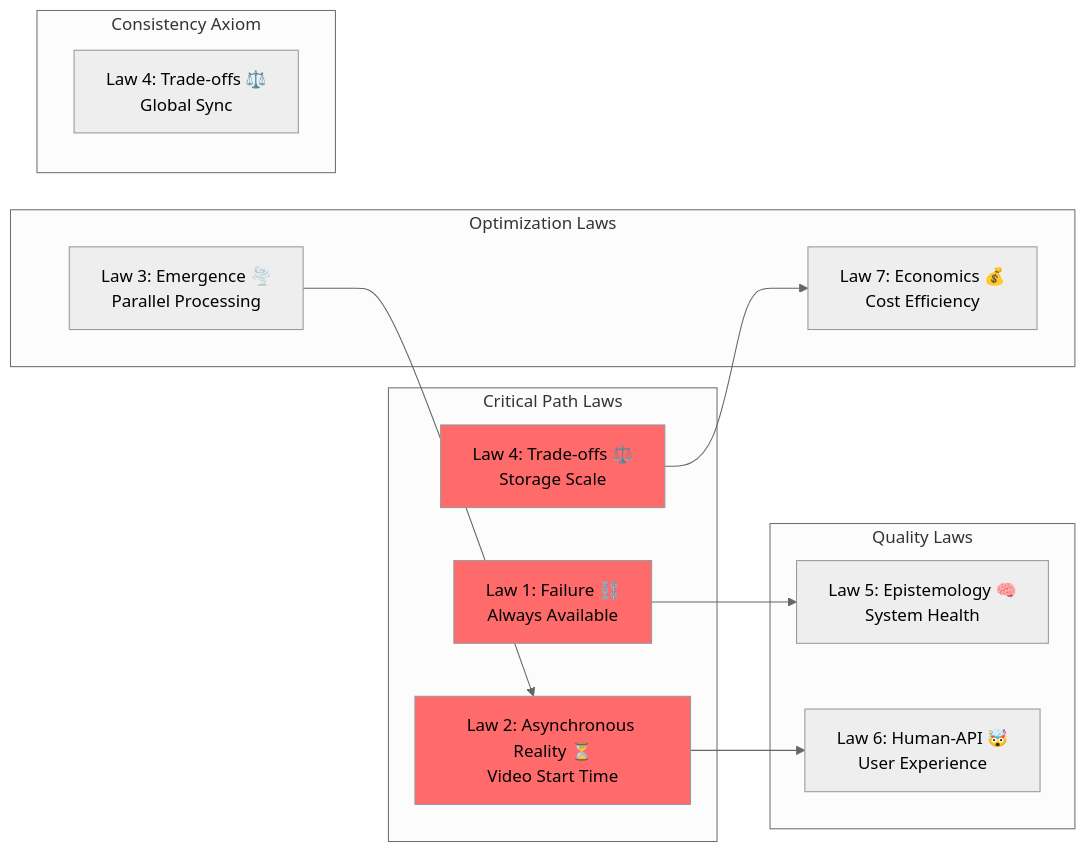
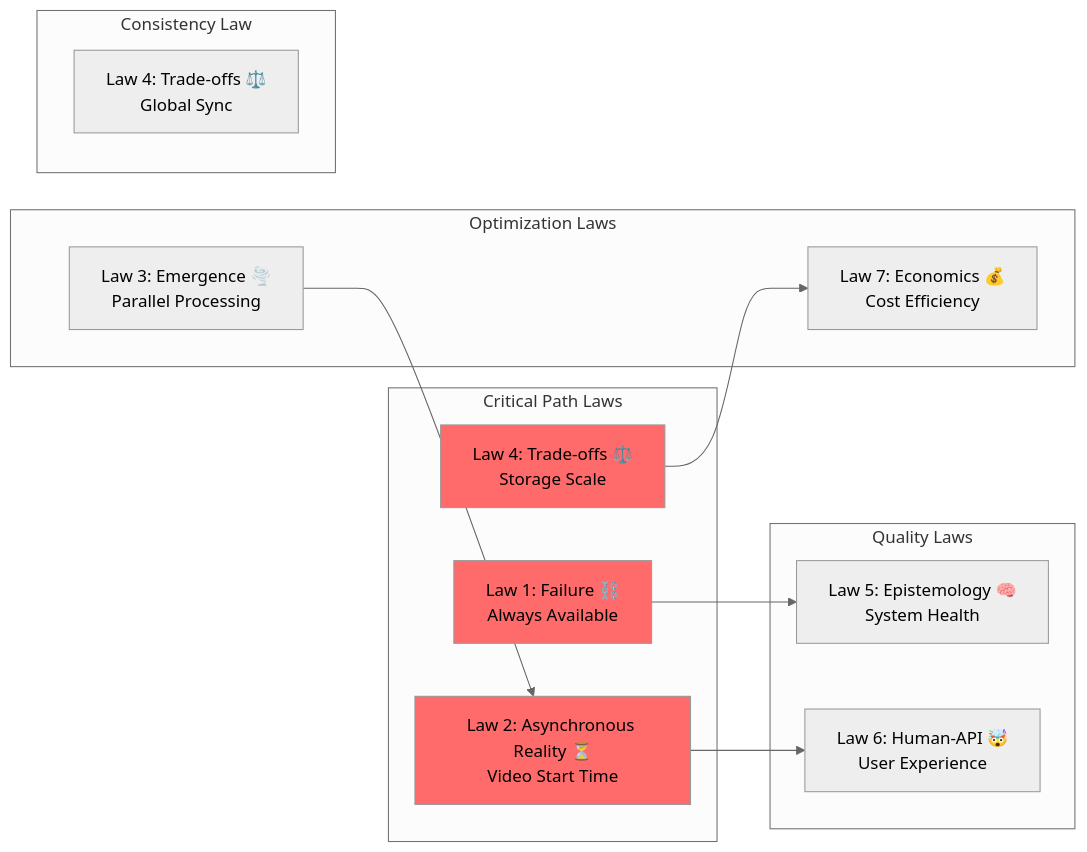
Diagram 20 of 27 in docs/case-studies/youtube.md (deepaucksharma/DStudio), drawn with Mermaid (neutral theme) before and after one commit. The commit also changed other lines of this file and 127 other files, not shown here.

````diff
--- a/docs/case-studies/youtube.md
+++ b/docs/case-studies/youtube.md
@@ -979,31 +979,31 @@
 ```mermaid
 graph LR
     subgraph "Critical Path Laws"
         A1[Law 2: Asynchronous Reality ⏳<br/>Video Start Time]
         A2[Law 4: Trade-offs ⚖️<br/>Storage Scale]
         A3[Law 1: Failure ⛓️<br/>Always Available]
     end
     
     subgraph "Optimization Laws"
         A4[Law 3: Emergence 🌪️<br/>Parallel Processing]
         A8[Law 7: Economics 💰<br/>Cost Efficiency]
     end
     
     subgraph "Quality Laws"
         A6[Law 5: Epistemology 🧠<br/>System Health]
         A7[Law 6: Human-API 🤯<br/>User Experience]
     end
     
-    subgraph "Consistency Axiom"
+    subgraph "Consistency Law"
         A5[Law 4: Trade-offs ⚖️<br/>Global Sync]
     end
     
     A1 --> A7
     A2 --> A8
     A3 --> A6
     A4 --> A1
     
     style A1 fill:#ff6b6b
     style A2 fill:#ff6b6b
     style A3 fill:#ff6b6b
 ```
````
